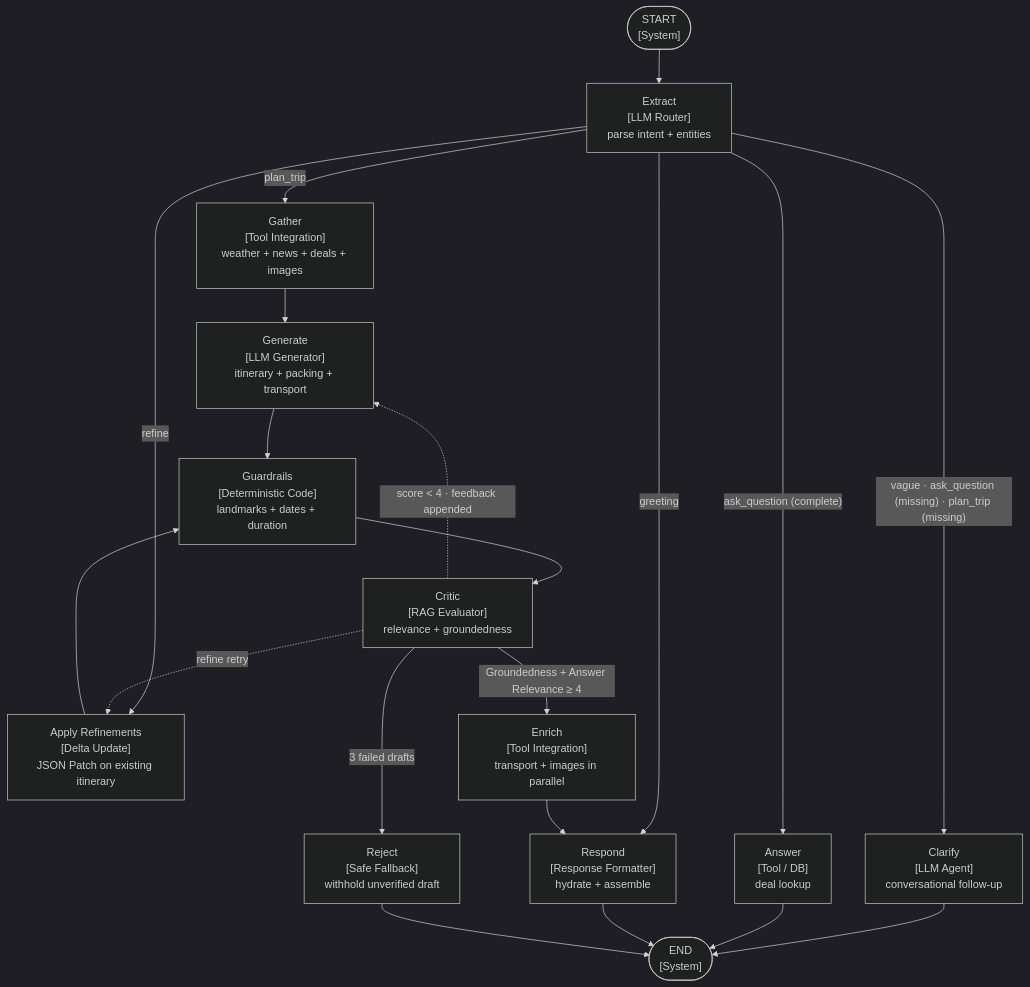
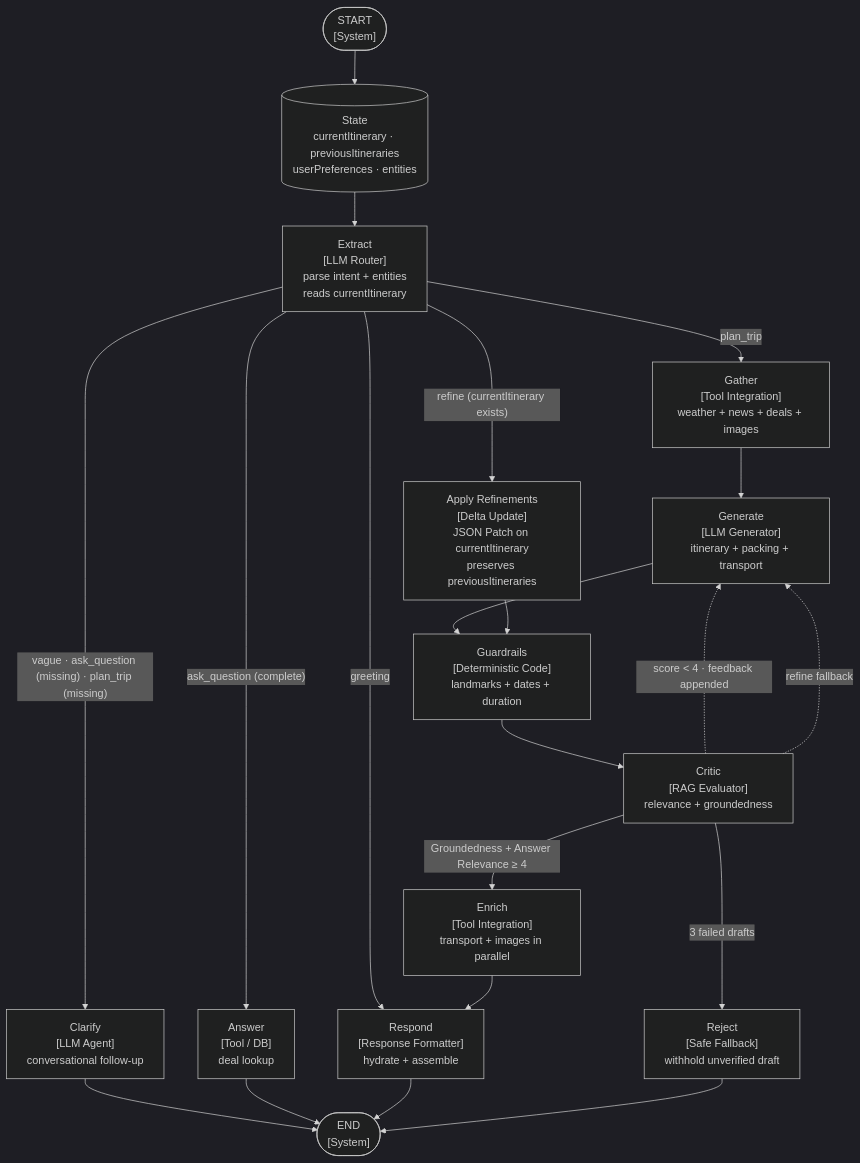
One commit to hadileonard08/jalan changed the diagram in README.md. Above: the diagram before and after it, drawn with Mermaid (dark theme).

Commit message:
README: update Mermaid diagram with currentItinerary and refine fallback.
Generated with Devin

````diff
--- a/README.md
+++ b/README.md
@@ -63,50 +63,52 @@
 ```mermaid
 flowchart TD
     START(["START<br/>[System]"])
     END(["END<br/>[System]"])
 
-    extract["Extract<br/>[LLM Router]<br/>parse intent + entities"]
+    state[("State<br/>currentItinerary · previousItineraries<br/>userPreferences · entities")]
+    extract["Extract<br/>[LLM Router]<br/>parse intent + entities<br/>reads currentItinerary"]
     clarify["Clarify<br/>[LLM Agent]<br/>conversational follow-up"]
     gather["Gather<br/>[Tool Integration]<br/>weather + news + deals + images"]
     generate["Generate<br/>[LLM Generator]<br/>itinerary + packing + transport"]
-    applyRefinements["Apply Refinements<br/>[Delta Update]<br/>JSON Patch on existing itinerary"]
+    applyRefinements["Apply Refinements<br/>[Delta Update]<br/>JSON Patch on currentItinerary<br/>preserves previousItineraries"]
     guardrails["Guardrails<br/>[Deterministic Code]<br/>landmarks + dates + duration"]
     critic["Critic<br/>[RAG Evaluator]<br/>relevance + groundedness"]
     enrich["Enrich<br/>[Tool Integration]<br/>transport + images in parallel"]
     answer["Answer<br/>[Tool / DB]<br/>deal lookup"]
     respond["Respond<br/>[Response Formatter]<br/>hydrate + assemble"]
     reject["Reject<br/>[Safe Fallback]<br/>withhold unverified draft"]
 
     %% Entry
-    START --> extract
+    START --> state
+    state --> extract
 
     %% Extract routing — consolidated labels to avoid overlap
     extract -->|"greeting"| respond
     extract -->|"vague · ask_question (missing) · plan_trip (missing)"| clarify
     extract -->|"ask_question (complete)"| answer
     extract -->|"plan_trip"| gather
-    extract -->|"refine"| applyRefinements
+    extract -->|"refine (currentItinerary exists)"| applyRefinements
 
     %% Clarifications and direct answers are already final responses
     clarify --> END
     answer --> END
 
     %% Main pipeline
     gather --> generate
     generate --> guardrails
     applyRefinements --> guardrails
     guardrails --> critic
 
-    %% Critic routing — approval goes to enrichment, rejection goes back to generation
+    %% Critic routing — approval goes to enrichment; rejection loops back to generation
     critic -->|"Groundedness + Answer Relevance ≥ 4"| enrich
     critic -.->|"score < 4 · feedback appended"| generate
-    critic -.->|"refine retry"| applyRefinements
+    critic -.->|"refine fallback"| generate
     critic -->|"3 failed drafts"| reject
 
     %% Enrichment runs transport + images concurrently, then responds
     enrich --> respond
 
     %% Terminal
     respond --> END
     reject --> END
 ```
````
